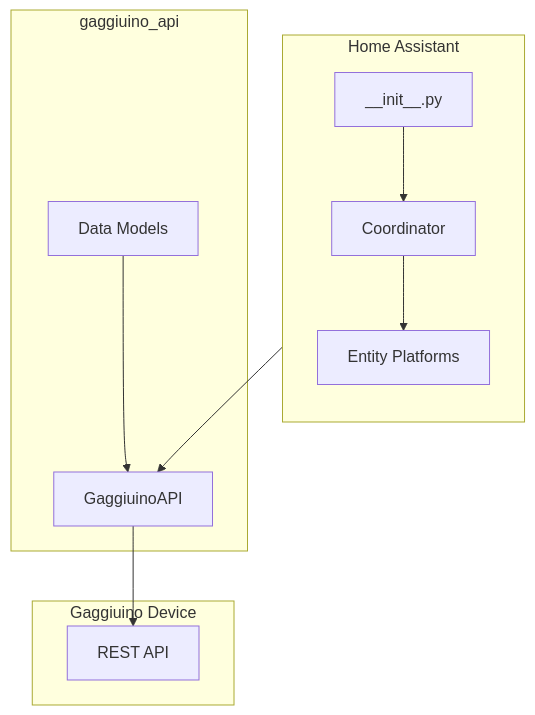
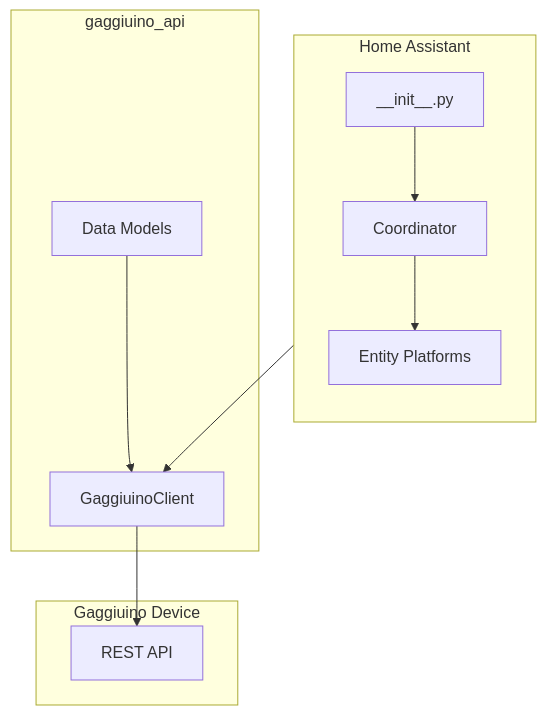
One commit to ALERTua/hass-gaggiuino changed the diagram in AGENTS.md. Above: the diagram before and after it, drawn with Mermaid. The commit also changed other lines of this file and 52 other files, not shown here.

First line of the commit message:
feat!: move the integration to gaggiuino_api 1.0.0 (#94)

````diff
--- a/AGENTS.md
+++ b/AGENTS.md
@@ -44,24 +45,24 @@
 ```mermaid
 flowchart TD
     subgraph HomeAssistant[Home Assistant]
         direction TB
         INIT[__init__.py]
         COORD[Coordinator]
         ENTITIES[Entity Platforms]
     end
 
     subgraph API[gaggiuino_api]
-        GAPI[GaggiuinoAPI]
+        GAPI[GaggiuinoClient]
         MODELS[Data Models]
     end
 
     subgraph Gaggiuino[Gaggiuino Device]
         ENDPOINT[REST API]
     end
 
     INIT --> COORD
     COORD --> GAPI
     GAPI --> ENDPOINT
     MODELS --> GAPI
     COORD --> ENTITIES
 ```
````
